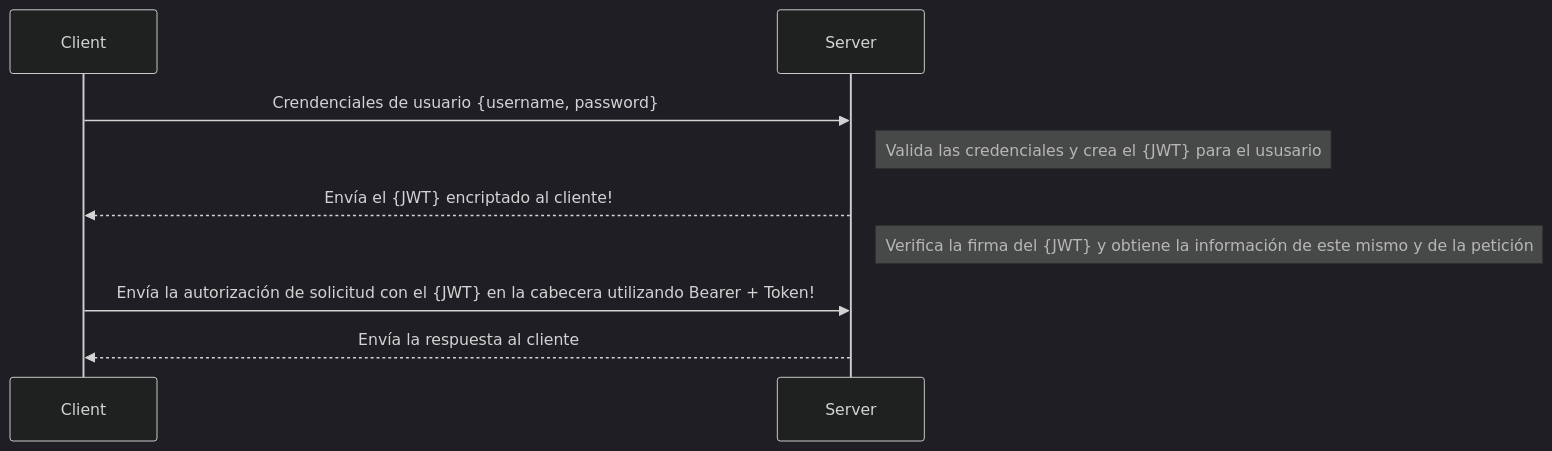
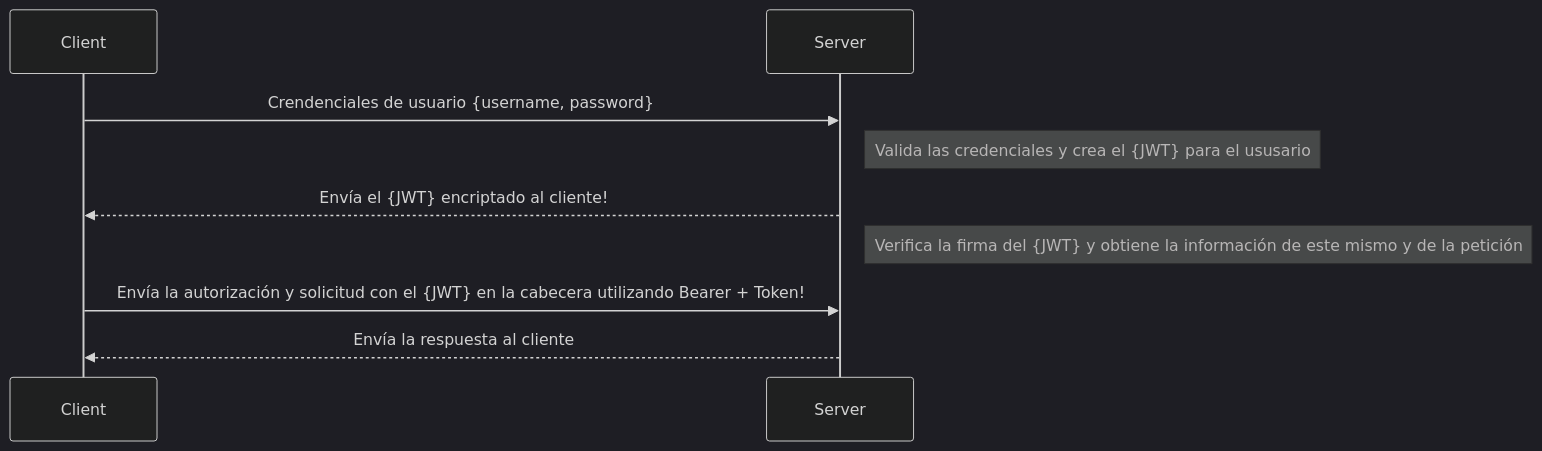
One commit to Mr-Machine98/final-project changed the diagram in README.md. Above: the diagram before and after it, drawn with Mermaid (dark theme). The commit also changed other lines of this file, not shown here.

````diff
--- a/README.md
+++ b/README.md
@@ -26,9 +31,9 @@
  ```mermaid
   sequenceDiagram
       Client->>Server: Crendenciales de usuario {username, password}
       Note right of Server: Valida las credenciales y crea el {JWT} para el ususario 
       Server-->>Client: Envía el {JWT} encriptado al cliente!
       Note right of Server: Verifica la firma del {JWT} y obtiene la información de este mismo y de la petición
-      Client->>Server: Envía la autorización de solicitud con el {JWT} en la cabecera utilizando Bearer + Token!
+      Client->>Server: Envía la autorización y solicitud con el {JWT} en la cabecera utilizando Bearer + Token!
       Server-->>Client: Envía la respuesta al cliente
   ```
````
